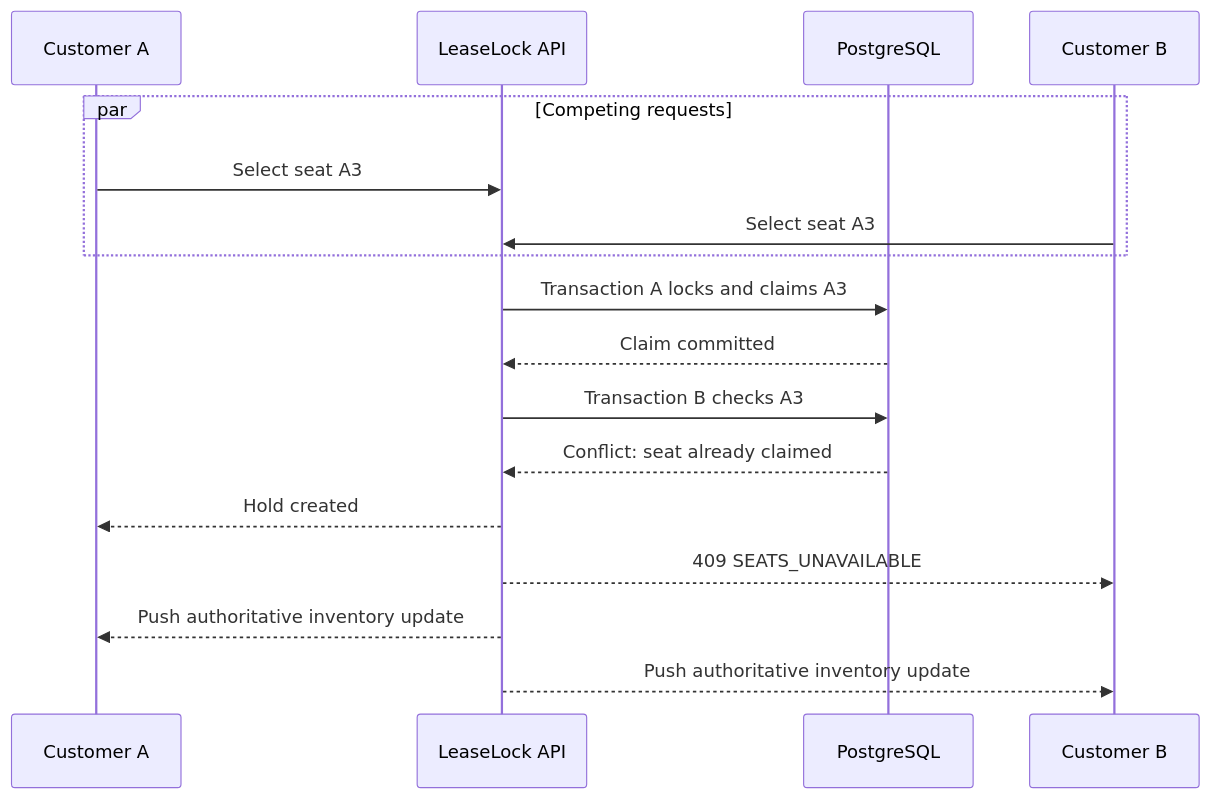
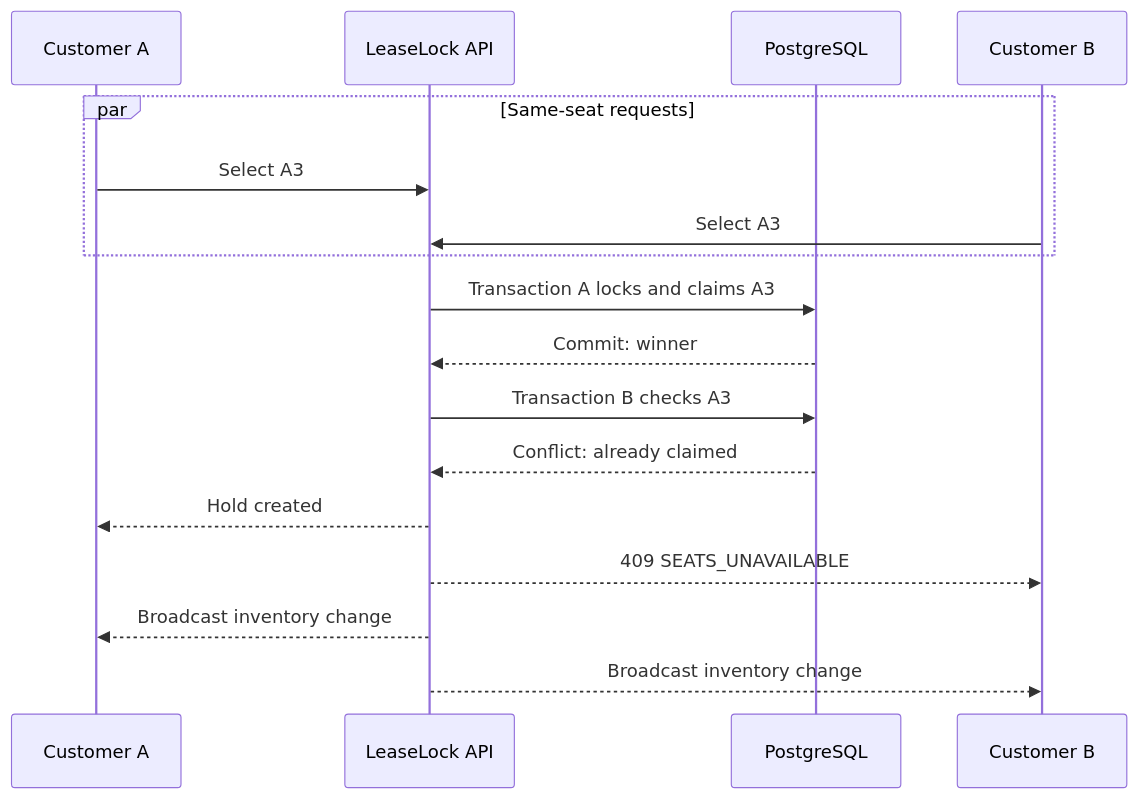
Before and after one commit to Timeregularity/LeaseLock: the third of 3 diagrams in README.md, drawn with Mermaid. The commit also changed other lines of this file, not shown here.

````diff
--- a/README.md
+++ b/README.md
@@ -121,20 +89,20 @@
 ```mermaid
 sequenceDiagram
     participant A as Customer A
     participant API as LeaseLock API
     participant DB as PostgreSQL
     participant B as Customer B
 
-    par Competing requests
-      A->>API: Select seat A3
-      B->>API: Select seat A3
+    par Same-seat requests
+        A->>API: Select A3
+        B->>API: Select A3
     end
     API->>DB: Transaction A locks and claims A3
-    DB-->>API: Claim committed
+    DB-->>API: Commit: winner
     API->>DB: Transaction B checks A3
-    DB-->>API: Conflict: seat already claimed
+    DB-->>API: Conflict: already claimed
     API-->>A: Hold created
     API-->>B: 409 SEATS_UNAVAILABLE
-    API-->>A: Push authoritative inventory update
-    API-->>B: Push authoritative inventory update
+    API-->>A: Broadcast inventory change
+    API-->>B: Broadcast inventory change
 ```
````
